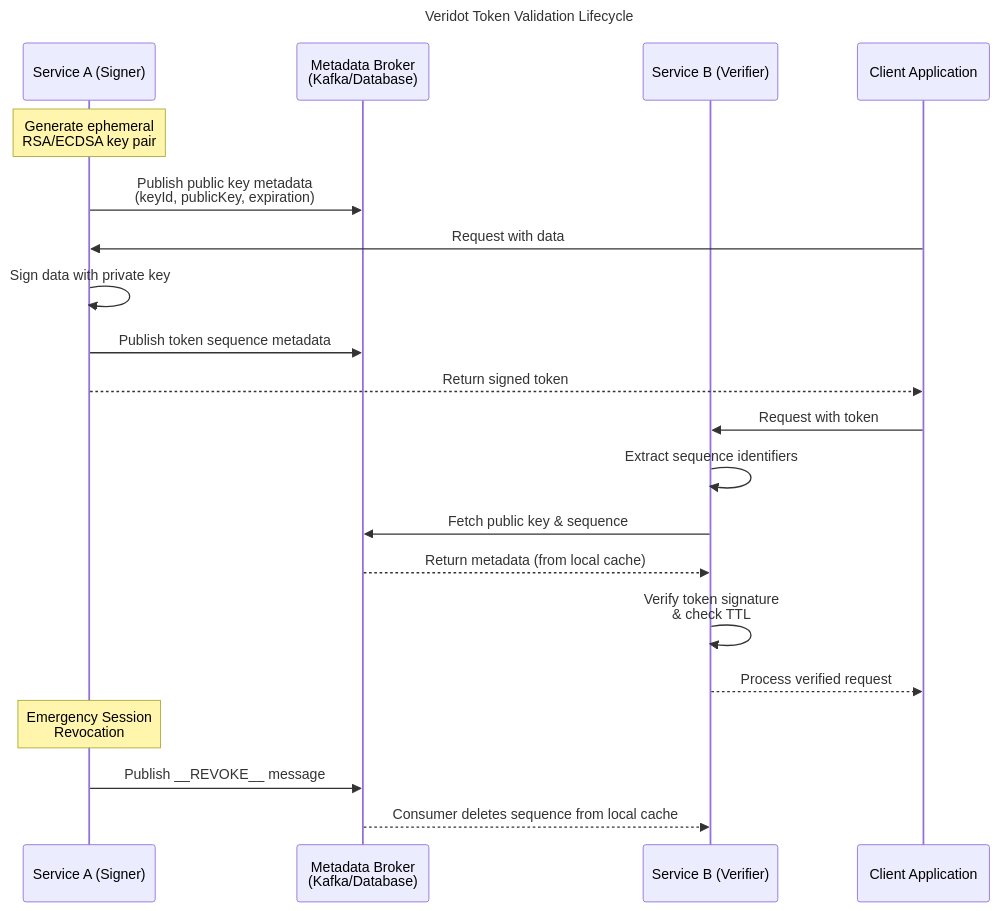
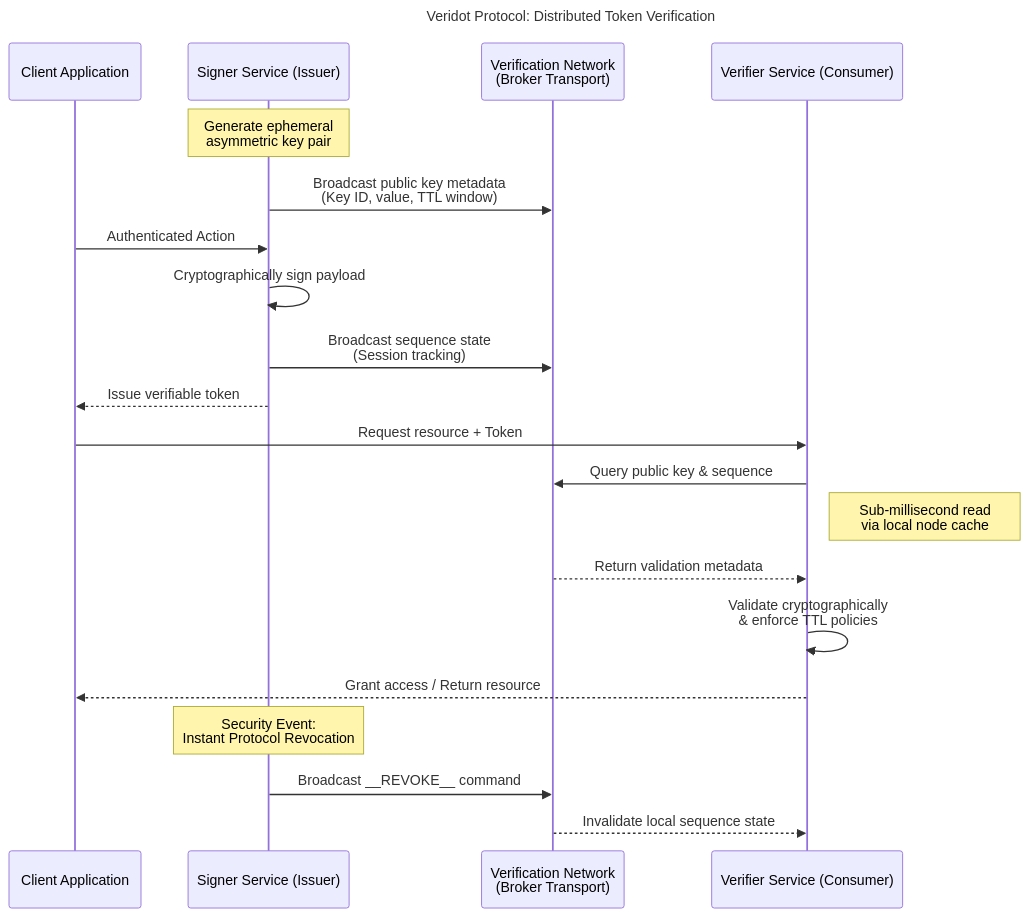
One commit to cyfko/veridot changed the diagram in README.md. Above: the diagram before and after it, drawn with Mermaid.

Commit message:
docs: abstract away implementation specifics from Mermaid diagram

````diff
--- a/README.md
+++ b/README.md
@@ -46,32 +46,32 @@
 ```mermaid
 sequenceDiagram
-    title Veridot Token Validation Lifecycle
+    title Veridot Protocol: Distributed Token Verification
 
-    participant ServiceA as Service A (Signer)
-    participant Broker as Metadata Broker<br/>(Kafka/Database)
-    participant ServiceB as Service B (Verifier)
     participant Client as Client Application
+    participant Signer as Signer Service (Issuer)
+    participant Network as Verification Network<br/>(Broker Transport)
+    participant Verifier as Verifier Service (Consumer)
 
-    %% Key Generation & Registration
-    Note over ServiceA: Generate ephemeral<br/>RSA/ECDSA key pair
-    ServiceA->>Broker: Publish public key metadata<br/>(keyId, publicKey, expiration)
+    %% Initialization & Key Distribution
+    Note over Signer: Generate ephemeral<br/>asymmetric key pair
+    Signer->>Network: Broadcast public key metadata<br/>(Key ID, value, TTL window)
 
-    %% Token Signing
-    Client->>ServiceA: Request with data
-    ServiceA->>ServiceA: Sign data with private key
-    ServiceA->>Broker: Publish token sequence metadata
-    ServiceA-->>Client: Return signed token
+    %% Signing & Session Initialization
+    Client->>Signer: Authenticated Action
+    Signer->>Signer: Cryptographically sign payload
+    Signer->>Network: Broadcast sequence state<br/>(Session tracking)
+    Signer-->>Client: Issue verifiable token
 
-    %% Token Verification
-    Client->>ServiceB: Request with token
-    ServiceB->>ServiceB: Extract sequence identifiers
-    ServiceB->>Broker: Fetch public key & sequence
-    Broker-->>ServiceB: Return metadata (from local cache)
-    ServiceB->>ServiceB: Verify token signature<br/>& check TTL
-    ServiceB-->>Client: Process verified request
+    %% Autonomous Verification
+    Client->>Verifier: Request resource + Token
+    Verifier->>Network: Query public key & sequence
+    Note right of Verifier: Sub-millisecond read<br/>via local node cache
+    Network-->>Verifier: Return validation metadata
+    Verifier->>Verifier: Validate cryptographically<br/>& enforce TTL policies
+    Verifier-->>Client: Grant access / Return resource
 
-    %% Revocation (Cross-Cluster)
-    Note over ServiceA: Emergency Session<br/>Revocation
-    ServiceA->>Broker: Publish __REVOKE__ message
-    Broker-->>ServiceB: Consumer deletes sequence from local cache
+    %% Global Structural Revocation
+    Note over Signer: Security Event:<br/>Instant Protocol Revocation
+    Signer->>Network: Broadcast __REVOKE__ command
+    Network-->>Verifier: Invalidate local sequence state
 ```
````
